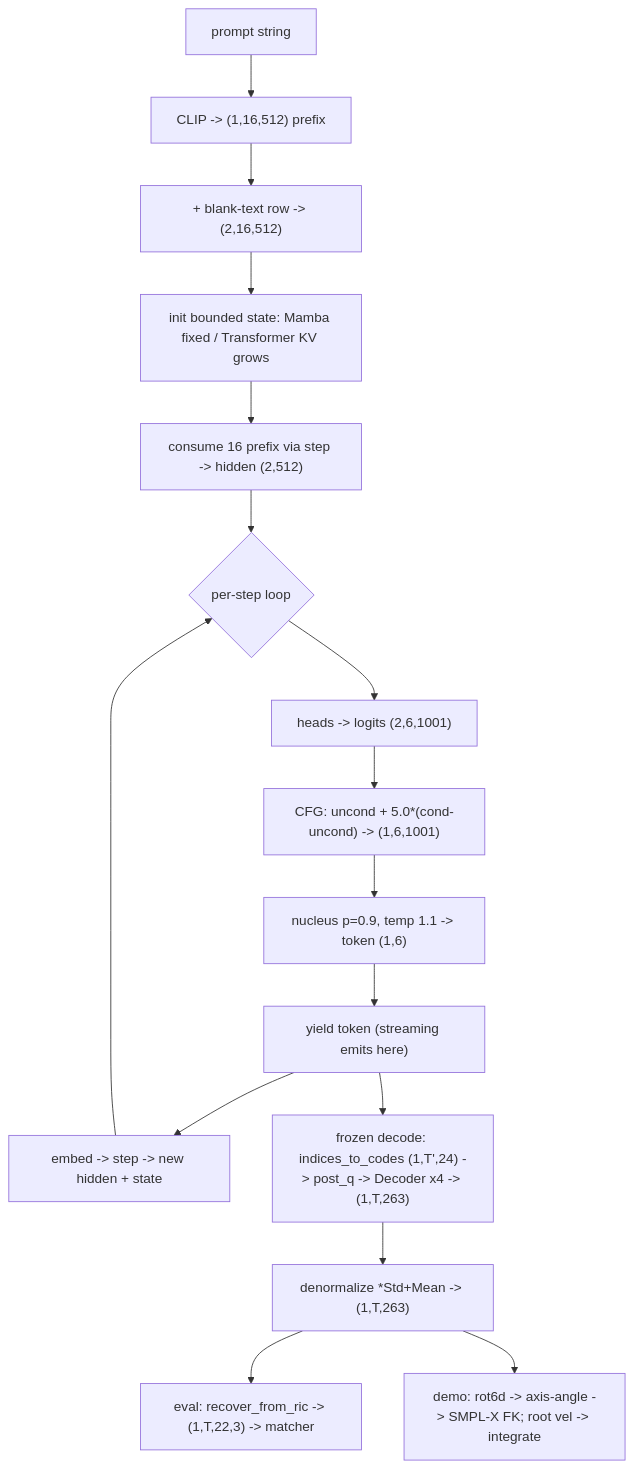
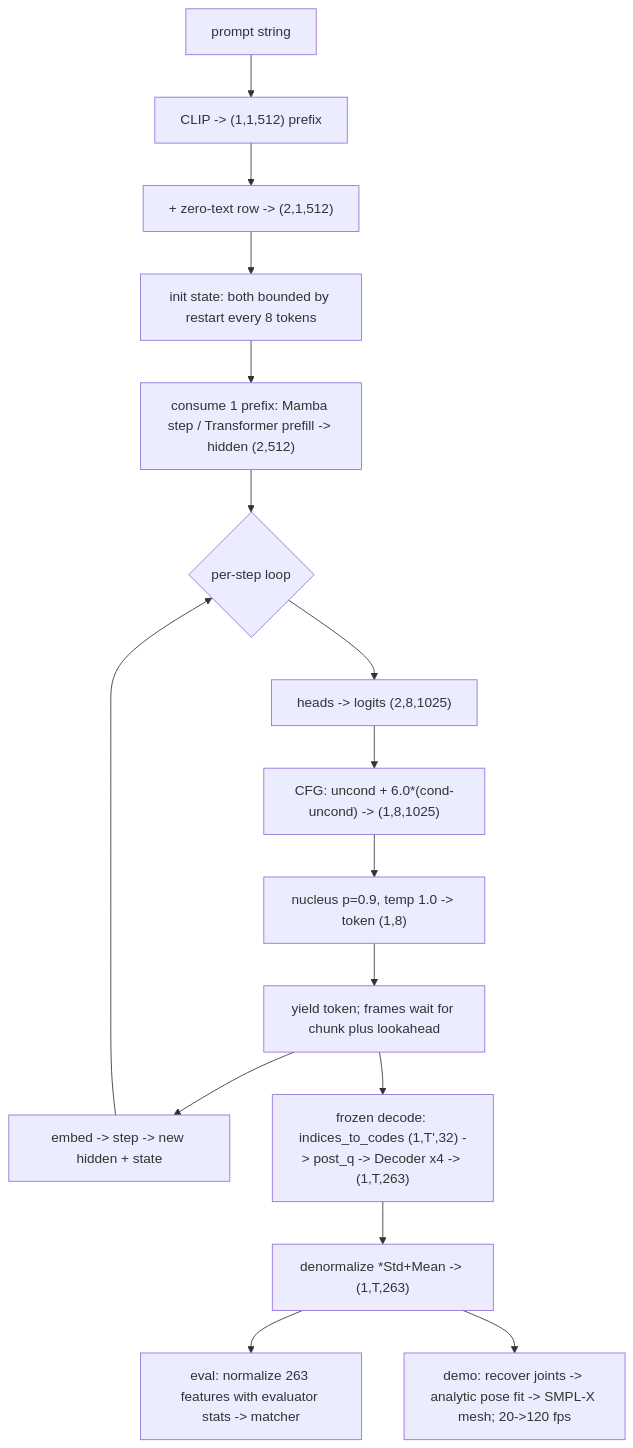
Before and after one commit to CatalinButacu/GenAI-Text2Motion: the diagram in doc/notes/lessons/10-generator-inference-trace.md, drawn with Mermaid. The commit also changed other lines of this file and 24 other files, not shown here.

````diff
--- a/doc/notes/lessons/10-generator-inference-trace.md
+++ b/doc/notes/lessons/10-generator-inference-trace.md
@@ -9,18 +32,18 @@
 ```mermaid
 flowchart TB
-  PR["prompt string"] --> CL["CLIP -> (1,16,512) prefix"]
-  CL --> CFG0["+ blank-text row -> (2,16,512)"]
-  CFG0 --> ST["init bounded state: Mamba fixed / Transformer KV grows"]
-  ST --> CON["consume 16 prefix via step -> hidden (2,512)"]
+  PR["prompt string"] --> CL["CLIP -> (1,1,512) prefix"]
+  CL --> CFG0["+ zero-text row -> (2,1,512)"]
+  CFG0 --> ST["init state: both bounded by restart every 8 tokens"]
+  ST --> CON["consume 1 prefix: Mamba step / Transformer prefill -> hidden (2,512)"]
   CON --> LP{"per-step loop"}
-  LP --> LG["heads -> logits (2,6,1001)"]
-  LG --> GD["CFG: uncond + 5.0*(cond-uncond) -> (1,6,1001)"]
-  GD --> SM["nucleus p=0.9, temp 1.1 -> token (1,6)"]
-  SM --> YD["yield token (streaming emits here)"]
+  LP --> LG["heads -> logits (2,8,1025)"]
+  LG --> GD["CFG: uncond + 6.0*(cond-uncond) -> (1,8,1025)"]
+  GD --> SM["nucleus p=0.9, temp 1.0 -> token (1,8)"]
+  SM --> YD["yield token; frames wait for chunk plus lookahead"]
   YD --> FB["embed -> step -> new hidden + state"]
   FB --> LP
-  YD --> DEC["frozen decode: indices_to_codes (1,T',24) -> post_q -> Decoder x4 -> (1,T,263)"]
+  YD --> DEC["frozen decode: indices_to_codes (1,T',32) -> post_q -> Decoder x4 -> (1,T,263)"]
   DEC --> DN["denormalize *Std+Mean -> (1,T,263)"]
-  DN --> EV["eval: recover_from_ric -> (1,T,22,3) -> matcher"]
-  DN --> DM["demo: rot6d -> axis-angle -> SMPL-X FK; root vel -> integrate"]
+  DN --> EV["eval: normalize 263 features with evaluator stats -> matcher"]
+  DN --> DM["demo: recover joints -> analytic pose fit -> SMPL-X mesh; 20->120 fps"]
 ```
````
